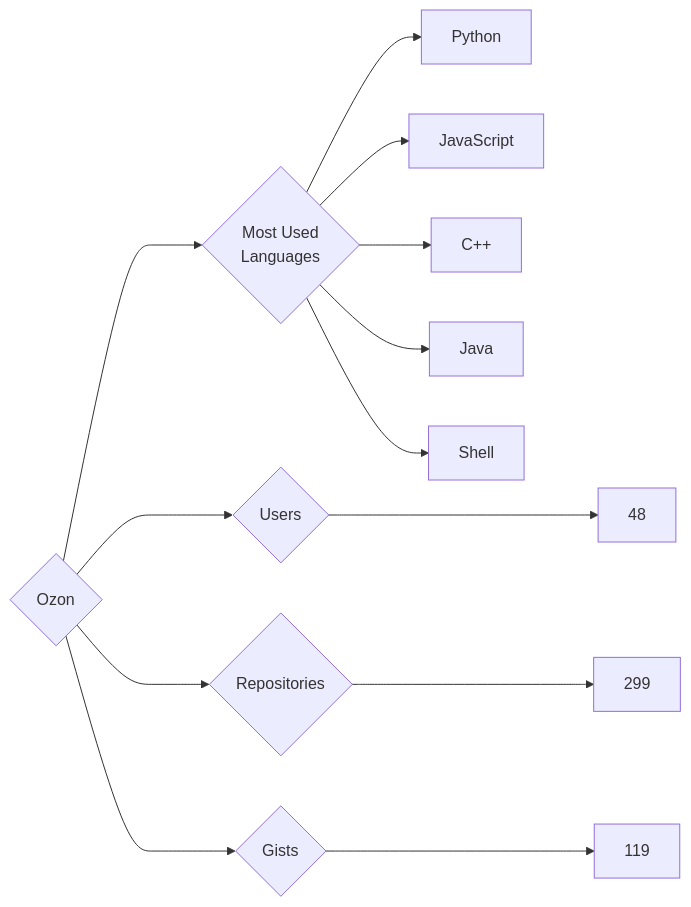
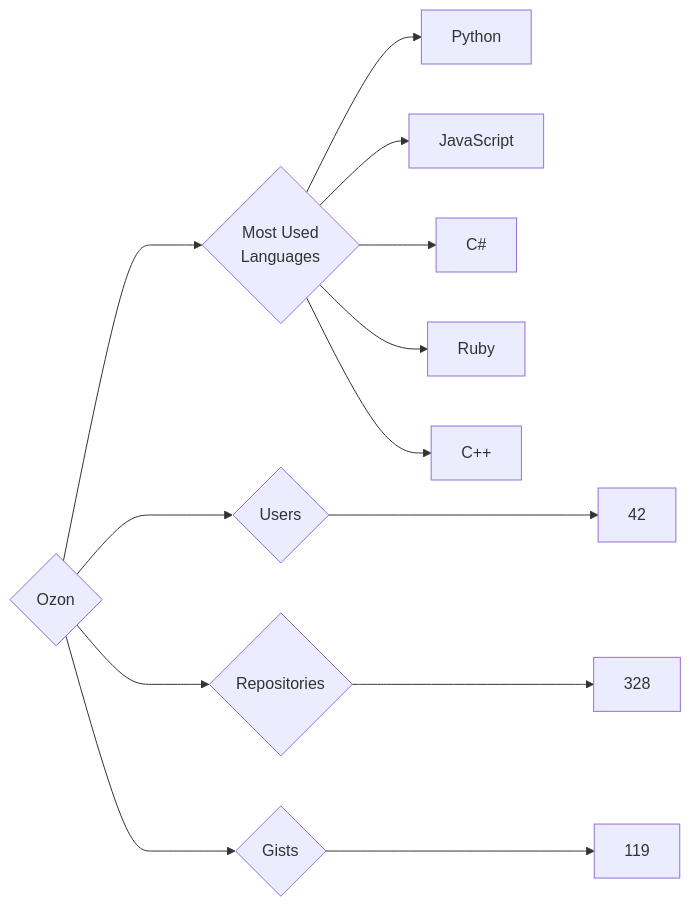
One commit to trickest/insiders changed the diagram in targets/Ozon/README.md. Above: the diagram before and after it, drawn with Mermaid. The commit also changed 725 other files, not shown here.

````diff
--- a/targets/Ozon/README.md
+++ b/targets/Ozon/README.md
@@ -3,13 +3,13 @@
 ```mermaid
 graph LR
 COMPANY_NAME{Ozon}
-COMPANY_NAME ---> U{Users} ---> UN[48]
-COMPANY_NAME ---> R{Repositories} ---> RN[299]
+COMPANY_NAME ---> U{Users} ---> UN[42]
+COMPANY_NAME ---> R{Repositories} ---> RN[328]
 COMPANY_NAME ---> G{Gists} ---> GN[119]
 COMPANY_NAME ---> ML{Most Used<br>Languages}
 ML --> Python[Python]
 ML --> JavaScript[JavaScript]
+ML --> C#[C#]
+ML --> Ruby[Ruby]
 ML --> C++[C++]
-ML --> Java[Java]
-ML --> Shell[Shell]
 ```
````
